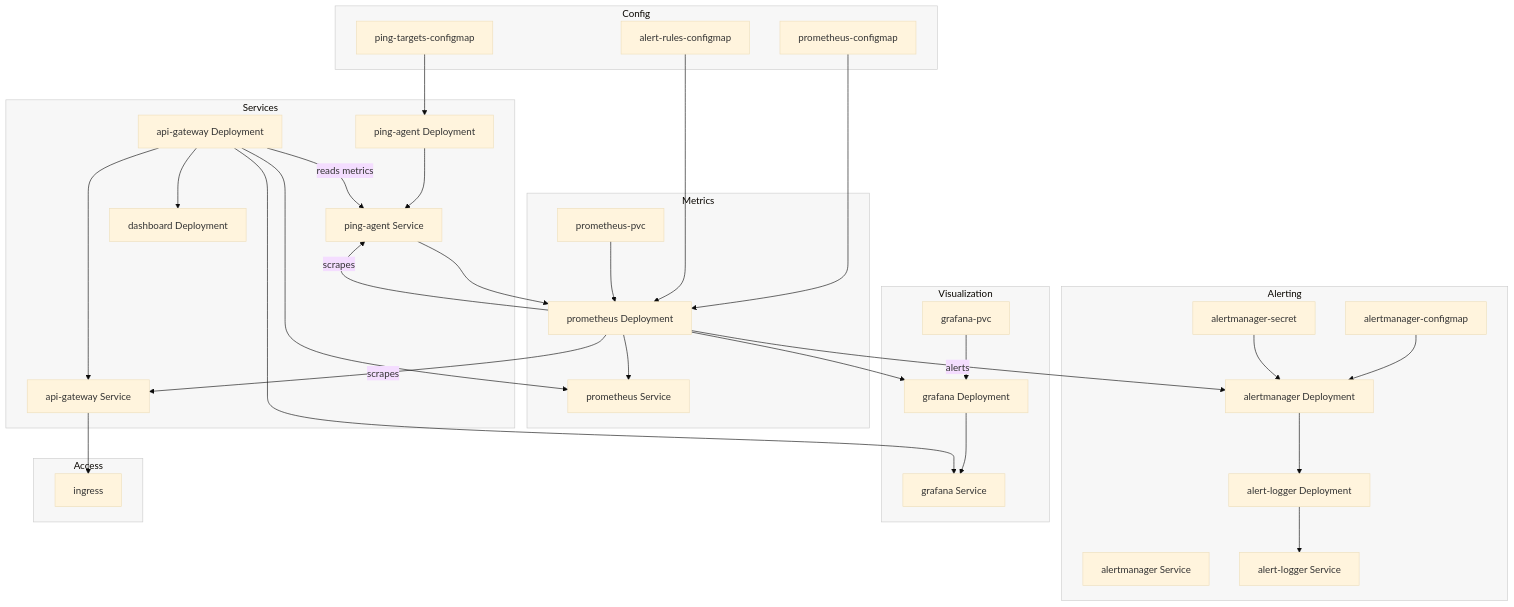
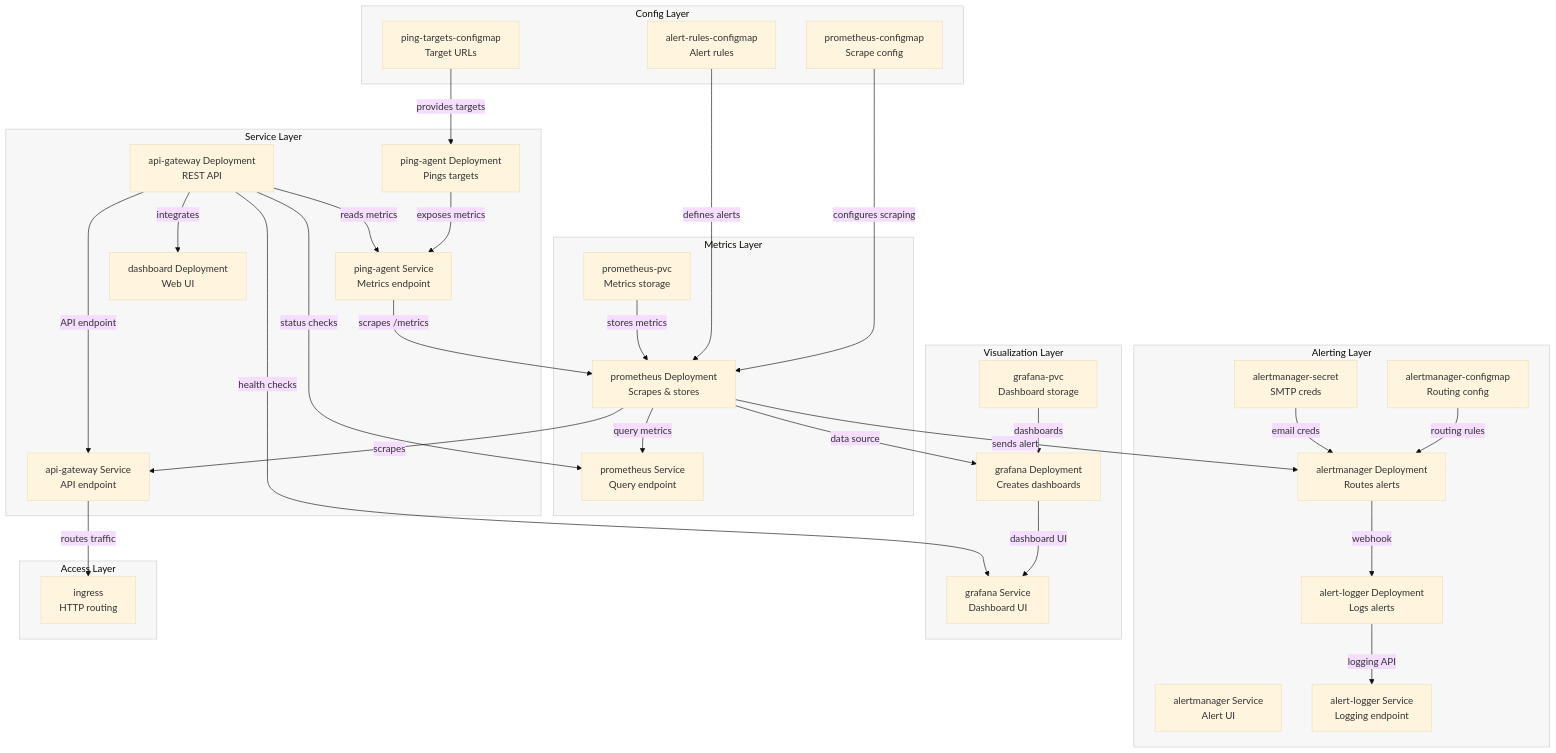
Before and after one commit to fattah247/UpTimePulse: the second of 2 diagrams in ARCHITECTURE.md, drawn with Mermaid (base theme). The commit also changed other lines of this file, not shown here.

Commit message:
docs: enhance architecture documentation

````diff
--- a/ARCHITECTURE.md
+++ b/ARCHITECTURE.md
@@ -89,68 +98,78 @@
 ```mermaid
 flowchart TB
   linkStyle default stroke-width:1px
   classDef group fill:#f7f7f7,stroke:#cccccc,stroke-width:1px
-  subgraph Config["Config"]
-    targets[ping-targets-configmap]
-    promCfg[prometheus-configmap]
-    alertRules[alert-rules-configmap]
+  classDef configFlow stroke:#16a34a,stroke-width:2px
+  classDef monitoringFlow stroke:#dc2626,stroke-width:2px
+  classDef alertFlow stroke:#ea580c,stroke-width:2px
+  classDef vizFlow stroke:#7c3aed,stroke-width:2px
+  classDef accessFlow stroke:#6b7280,stroke-width:2px
+
+  subgraph Config["Config Layer"]
+    targets[ping-targets-configmap<br/>Target URLs]
+    promCfg[prometheus-configmap<br/>Scrape config]
+    alertRules[alert-rules-configmap<br/>Alert rules]
   end
 
-  subgraph Services["Services"]
-    pingDep[ping-agent Deployment]
-    pingSvc[ping-agent Service]
-    apiDep[api-gateway Deployment]
-    apiSvc[api-gateway Service]
-    dash[dashboard Deployment]
+  subgraph Services["Service Layer"]
+    pingDep[ping-agent Deployment<br/>Pings targets]
+    pingSvc[ping-agent Service<br/>Metrics endpoint]
+    apiDep[api-gateway Deployment<br/>REST API]
+    apiSvc[api-gateway Service<br/>API endpoint]
+    dash[dashboard Deployment<br/>Web UI]
   end
 
-  subgraph Metrics["Metrics"]
-    promDep[prometheus Deployment]
-    promSvc[prometheus Service]
-    promPVC[prometheus-pvc]
+  subgraph Metrics["Metrics Layer"]
+    promDep[prometheus Deployment<br/>Scrapes & stores]
+    promSvc[prometheus Service<br/>Query endpoint]
+    promPVC[prometheus-pvc<br/>Metrics storage]
   end
 
-  subgraph Alerting["Alerting"]
-    amDep[alertmanager Deployment]
-    amSvc[alertmanager Service]
-    amCfg[alertmanager-configmap]
-    amSecret[alertmanager-secret]
-    loggerDep[alert-logger Deployment]
-    loggerSvc[alert-logger Service]
+  subgraph Alerting["Alerting Layer"]
+    amDep[alertmanager Deployment<br/>Routes alerts]
+    amSvc[alertmanager Service<br/>Alert UI]
+    amCfg[alertmanager-configmap<br/>Routing config]
+    amSecret[alertmanager-secret<br/>SMTP creds]
+    loggerDep[alert-logger Deployment<br/>Logs alerts]
+    loggerSvc[alert-logger Service<br/>Logging endpoint]
   end
 
-  subgraph Visualization["Visualization"]
-    grafDep[grafana Deployment]
-    grafSvc[grafana Service]
-    grafPVC[grafana-pvc]
+  subgraph Visualization["Visualization Layer"]
+    grafDep[grafana Deployment<br/>Creates dashboards]
+    grafSvc[grafana Service<br/>Dashboard UI]
+    grafPVC[grafana-pvc<br/>Dashboard storage]
   end
 
-  subgraph Access["Access"]
-    ing[ingress]
+  subgraph Access["Access Layer"]
+    ing[ingress<br/>HTTP routing]
   end
 
-  targets --> pingDep
-  pingDep --> pingSvc --> promDep
-  promCfg --> promDep
-  alertRules --> promDep
-  promPVC --> promDep
-  promDep --> promSvc
-  promDep -->|alerts| amDep
-  amCfg --> amDep
-  amSecret --> amDep
-  amDep --> loggerDep
-  loggerDep --> loggerSvc
-  promDep --> grafDep
-  grafPVC --> grafDep
-  grafDep --> grafSvc
-  apiDep -->|reads metrics| pingSvc
-  apiDep --> promSvc
-  apiDep --> grafSvc
-  apiDep --> dash
-  apiDep --> apiSvc --> ing
+  targets -->|"provides targets"| pingDep
+  pingDep -->|"exposes metrics"| pingSvc -->|"scrapes /metrics"| promDep
+  promCfg -->|"configures scraping"| promDep
+  alertRules -->|"defines alerts"| promDep
+  promPVC -->|"stores metrics"| promDep
+  promDep -->|"query metrics"| promSvc
+  promDep -->|"sends alert"| amDep
+  amCfg -->|"routing rules"| amDep
+  amSecret -->|"email creds"| amDep
+  amDep -->|"webhook"| loggerDep
+  loggerDep -->|"logging API"| loggerSvc
+  promDep -->|"data source"| grafDep
+  grafPVC -->|"dashboards"| grafDep
+  grafDep -->|"dashboard UI"| grafSvc
+  apiDep -->|"reads metrics"| pingSvc
+  apiDep -->|"status checks"| promSvc
+  apiDep -->|"health checks"| grafSvc
+  apiDep -->|"integrates"| dash
+  apiDep -->|"API endpoint"| apiSvc -->|"routes traffic"| ing
 
-  promDep -->|scrapes| pingSvc
-  promDep -->|scrapes| apiSvc
+  promDep -->|"scrapes"| apiSvc
 
   class Config,Services,Metrics,Alerting,Visualization,Access group
+  linkStyle 0 configFlow
+  linkStyle 1,2,3,4 monitoringFlow
+  linkStyle 5,6,7,8,9 alertFlow
+  linkStyle 10,11 vizFlow
+  linkStyle 12,13,14,15,16,17 accessFlow
 ```
````
